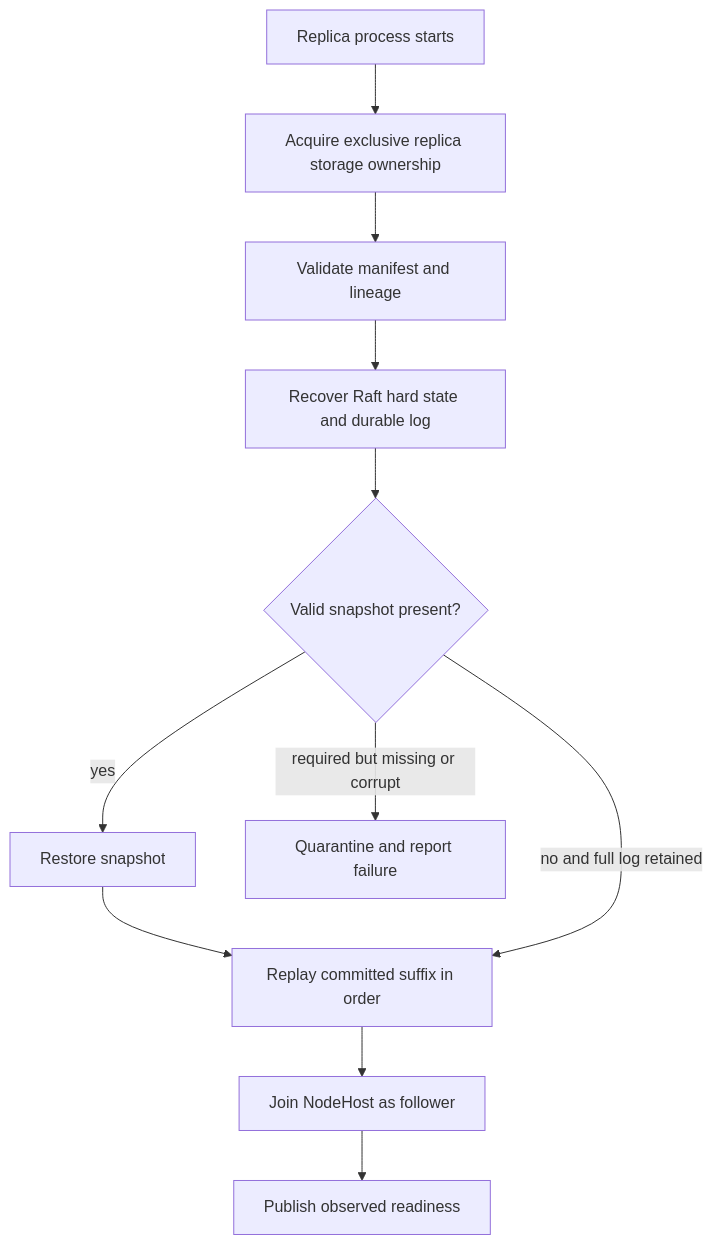
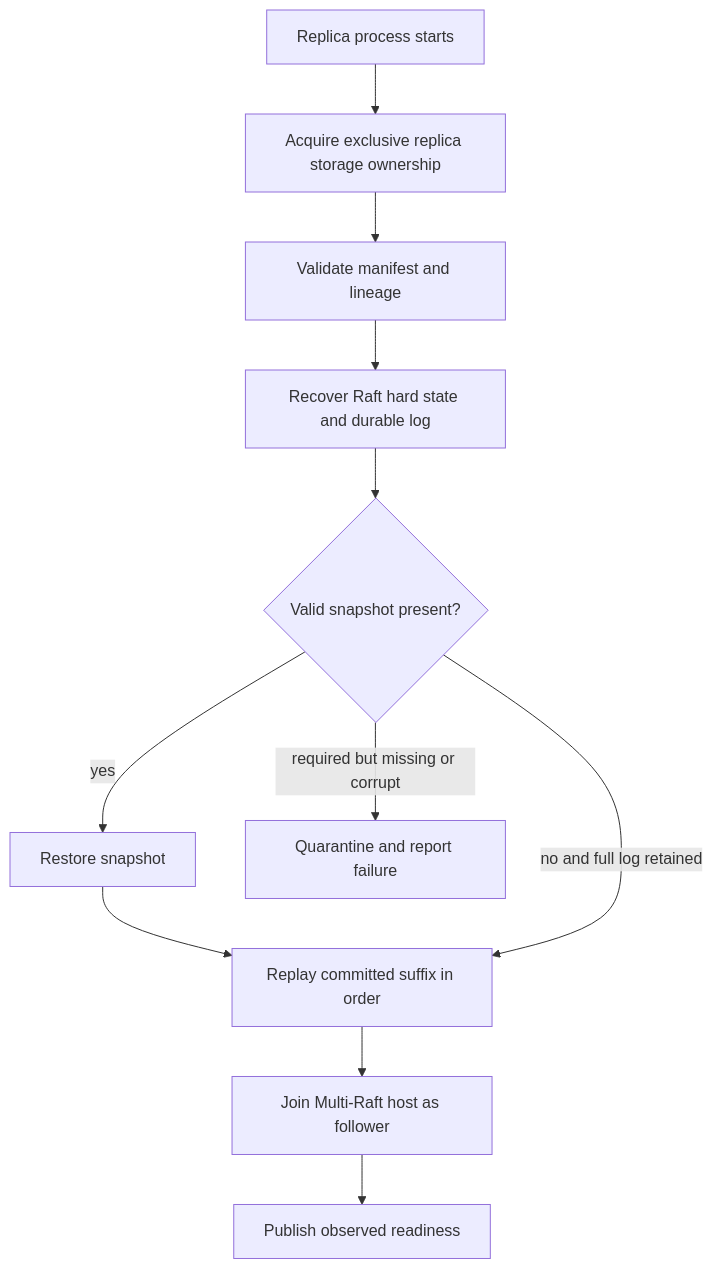
Before and after one commit to indreshgahoi/distributed-queue: the fourth of 4 diagrams in docs/design/Data_Plane_Architecture_RFC.md, drawn with Mermaid. The commit also changed other lines of this file and 15 other files, not shown here.

Commit message:
feat(consensus): select etcd raft and define owned host runtime

````diff
--- a/docs/design/Data_Plane_Architecture_RFC.md
+++ b/docs/design/Data_Plane_Architecture_RFC.md
@@ -564,19 +555,19 @@
 ```mermaid
 flowchart TD
     Start[Replica process starts]
     Lock[Acquire exclusive replica storage ownership]
     Manifest[Validate manifest and lineage]
     Hard[Recover Raft hard state and durable log]
     Snapshot{Valid snapshot present?}
     Restore[Restore snapshot]
     Replay[Replay committed suffix in order]
-    Join[Join NodeHost as follower]
+    Join[Join Multi-Raft host as follower]
     Ready[Publish observed readiness]
     Fail[Quarantine and report failure]
 
     Start --> Lock --> Manifest --> Hard --> Snapshot
     Snapshot -->|yes| Restore --> Replay
     Snapshot -->|no and full log retained| Replay
     Snapshot -->|required but missing or corrupt| Fail
     Replay --> Join --> Ready
 ```
````
